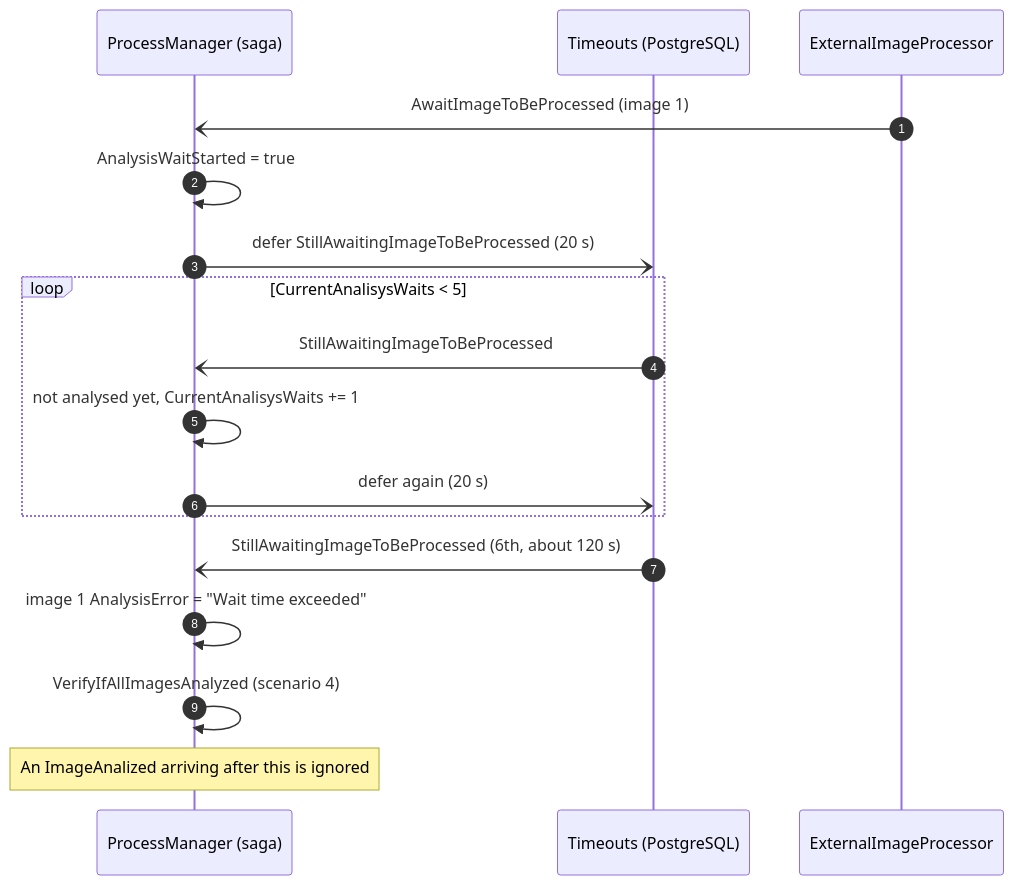
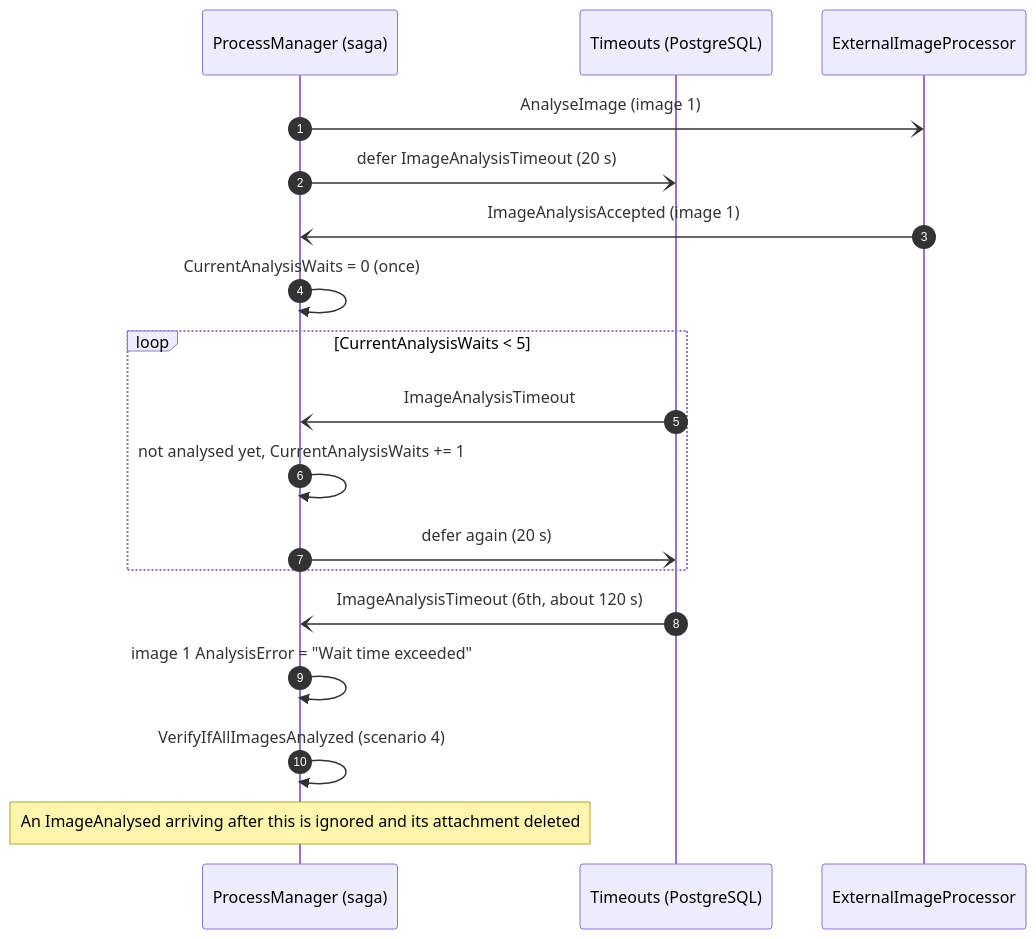
One commit to hbiarge/Estimations changed the sixth of 11 diagrams in docs/messages-flow.md. Above: the diagram before and after it, drawn with Mermaid. The commit also changed other lines of this file and 106 other files, not shown here.

First line of the commit message:
Close dead ends in the message flows

````diff
--- a/docs/messages-flow.md
+++ b/docs/messages-flow.md
@@ -251,20 +264,21 @@
 ```mermaid
 sequenceDiagram
     autonumber
     participant PM as ProcessManager (saga)
     participant T as Timeouts (PostgreSQL)
     participant IP as ExternalImageProcessor
 
-    IP-)PM: AwaitImageToBeProcessed (image 1)
-    PM->>PM: AnalysisWaitStarted = true
-    PM-)T: defer StillAwaitingImageToBeProcessed (20 s)
-    loop CurrentAnalisysWaits < 5
-        T-)PM: StillAwaitingImageToBeProcessed
-        PM->>PM: not analysed yet, CurrentAnalisysWaits += 1
+    PM-)IP: AnalyseImage (image 1)
+    PM-)T: defer ImageAnalysisTimeout (20 s)
+    IP-)PM: ImageAnalysisAccepted (image 1)
+    PM->>PM: CurrentAnalysisWaits = 0 (once)
+    loop CurrentAnalysisWaits < 5
+        T-)PM: ImageAnalysisTimeout
+        PM->>PM: not analysed yet, CurrentAnalysisWaits += 1
         PM-)T: defer again (20 s)
     end
-    T-)PM: StillAwaitingImageToBeProcessed (6th, about 120 s)
+    T-)PM: ImageAnalysisTimeout (6th, about 120 s)
     PM->>PM: image 1 AnalysisError = "Wait time exceeded"
     PM->>PM: VerifyIfAllImagesAnalyzed (scenario 4)
-    Note over PM: An ImageAnalized arriving after this is ignored
+    Note over PM: An ImageAnalysed arriving after this is ignored and its attachment deleted
 ```
````
